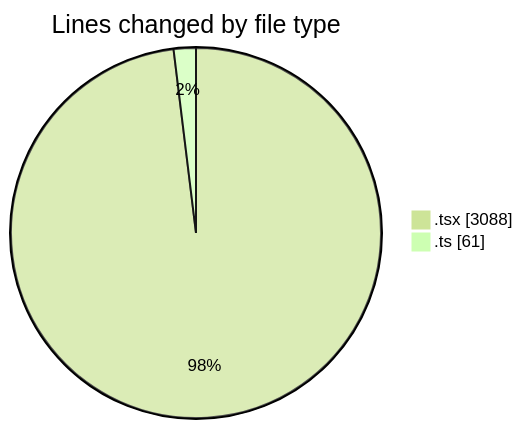
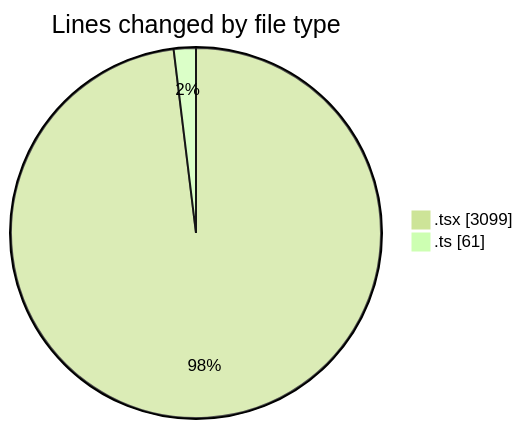
The first of 2 diagrams in 2025-11-18/eventscop-frontend-guide__workspace_/README.md (julien-gomy/code-tracking), drawn with Mermaid (forest theme) before and after one commit. The commit also changed other lines of this file and 1 other file, not shown here.

````diff
--- a/2025-11-18/eventscop-frontend-guide__workspace_/README.md
+++ b/2025-11-18/eventscop-frontend-guide__workspace_/README.md
@@ -41,6 +41,6 @@
 ```mermaid
 pie showData
 title Lines changed by file type
-".tsx" : 3088
+".tsx" : 3099
 ".ts" : 61
 ```
````
